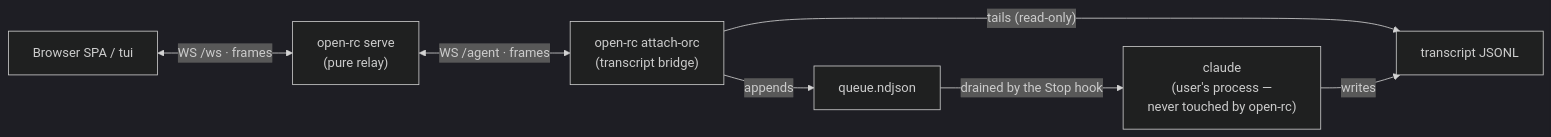
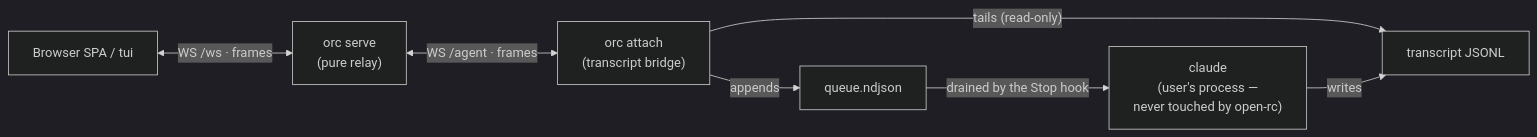
Before and after one commit to Cohey0727/OpenRemoteControl: the diagram in CLAUDE.md, drawn with Mermaid (dark theme). The commit also changed other lines of this file and 26 other files, not shown here.

````diff
--- a/CLAUDE.md
+++ b/CLAUDE.md
@@ -39,9 +39,9 @@
 ```mermaid
 flowchart LR
-    viewers["Browser SPA / tui"] <-- "WS /ws · frames" --> serve["open-rc serve<br/>(pure relay)"]
-    serve <-- "WS /agent · frames" --> bridge["open-rc attach-orc<br/>(transcript bridge)"]
+    viewers["Browser SPA / tui"] <-- "WS /ws · frames" --> serve["orc serve<br/>(pure relay)"]
+    serve <-- "WS /agent · frames" --> bridge["orc attach<br/>(transcript bridge)"]
     bridge -- "tails (read-only)" --> jsonl["transcript JSONL"]
     bridge -- appends --> queue["queue.ndjson"]
     queue -- "drained by the Stop hook" --> claude["claude<br/>(user's process —<br/>never touched by open-rc)"]
     claude -- writes --> jsonl
 ```
````
